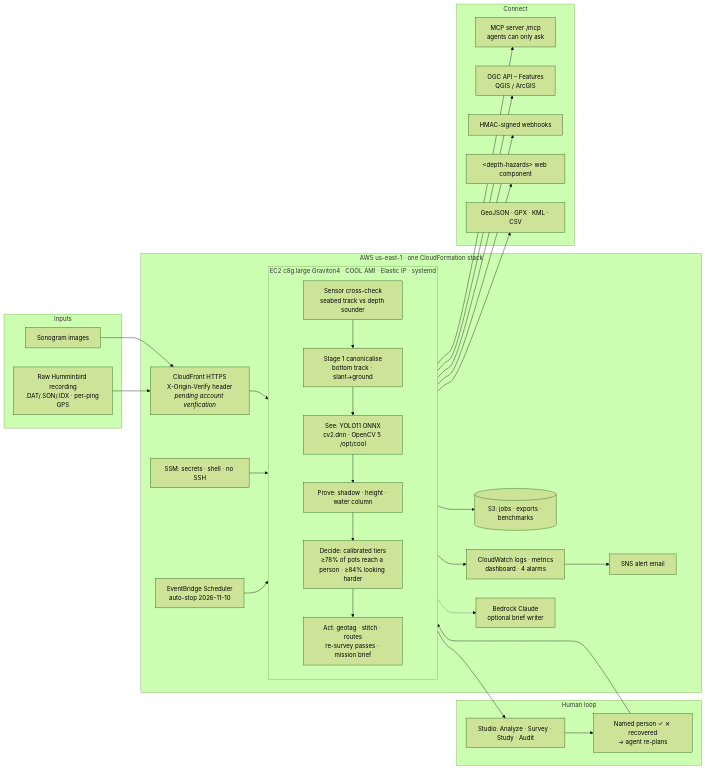
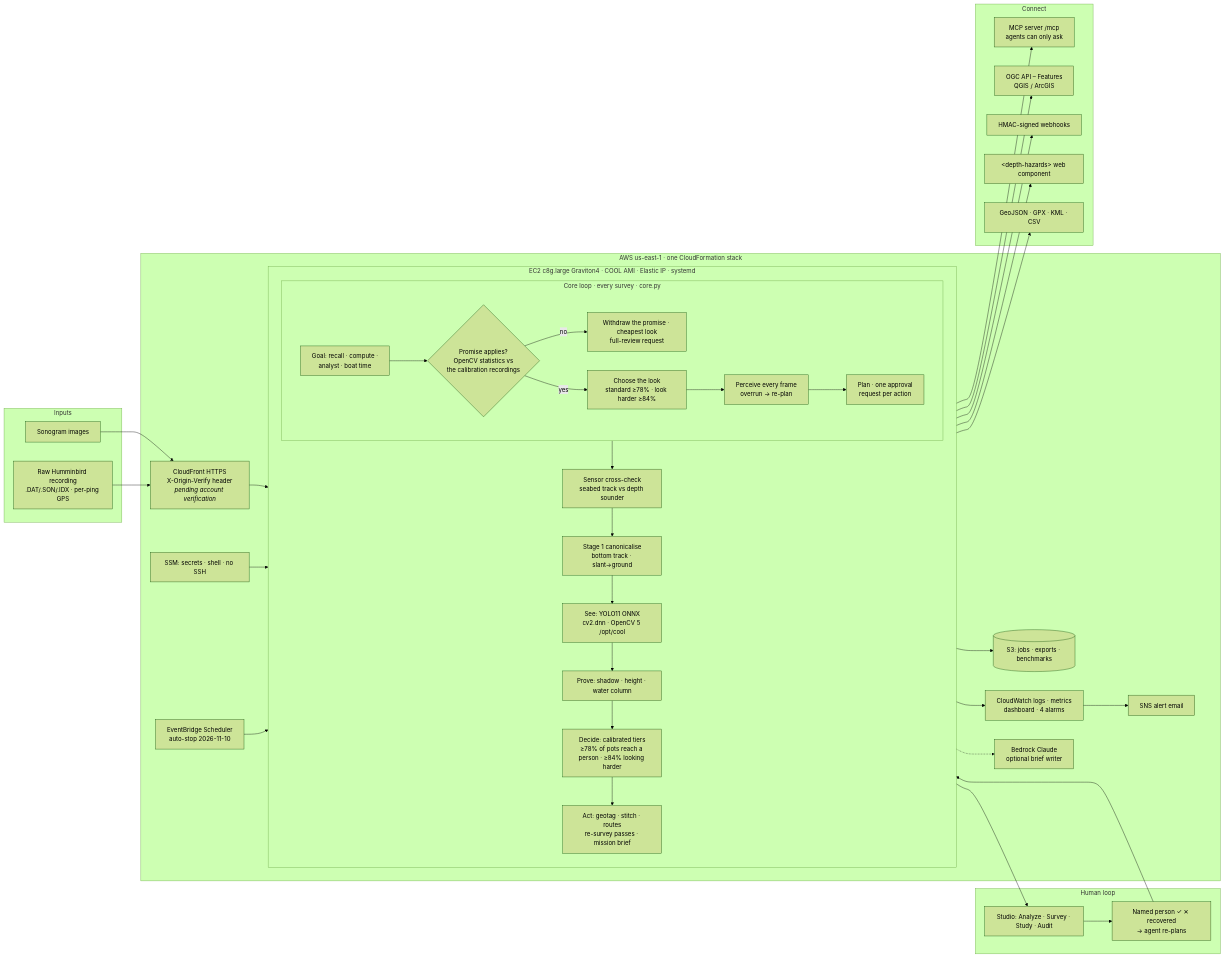
The first of 2 diagrams in docs/lucidchart_diagram.md (madhesh60/depth), drawn with Mermaid (forest theme) before and after one commit. The commit also changed 3 other files, not shown here.

First line of the commit message:
docs: the architecture picture shows the system as built today

````diff
--- a/docs/lucidchart_diagram.md
+++ b/docs/lucidchart_diagram.md
@@ -11,51 +11,60 @@
 ```mermaid
 flowchart LR
   subgraph IN[Inputs]
     SON[Sonogram images]
     RAW[Raw Humminbird recording<br/>.DAT/.SON/.IDX · per-ping GPS]
   end
 
   subgraph AWS[AWS us-east-1 · one CloudFormation stack]
     CF[CloudFront HTTPS<br/>X-Origin-Verify header<br/><i>pending account verification</i>]
     subgraph EC2[EC2 c8g.large Graviton4 · COOL AMI · Elastic IP · systemd]
       direction TB
+      subgraph LOOP[Core loop · every survey · core.py]
+        direction LR
+        G[Goal: recall · compute ·<br/>analyst · boat time] --> CK{Promise applies?<br/>OpenCV statistics vs<br/>the calibration recordings}
+        CK -- no --> FR[Withdraw the promise · cheapest look<br/>full-review request]
+        CK -- yes --> MODE[Choose the look<br/>standard ≥78% · look harder ≥84%]
+        MODE --> PER[Perceive every frame<br/>overrun → re-plan]
+        PER --> ASK[Plan · one approval<br/>request per action]
+      end
       S0[Sensor cross-check<br/>seabed track vs depth sounder]
       S1[Stage 1 canonicalise<br/>bottom track · slant→ground]
       S2[See: YOLO11 ONNX<br/>cv2.dnn · OpenCV 5 /opt/cool]
       S3[Prove: shadow · height · water column]
       S4[Decide: calibrated tiers<br/>≥78% of pots reach a person · ≥84% looking harder]
       S5[Act: geotag · stitch · routes<br/>re-survey passes · mission brief]
       S0 --> S1 --> S2 --> S3 --> S4 --> S5
     end
     S3B[(S3: jobs · exports · benchmarks)]
     CW[CloudWatch logs · metrics<br/>dashboard · 4 alarms]
     SNS[SNS alert email]
     SSM[SSM: secrets · shell · no SSH]
     SCH[EventBridge Scheduler<br/>auto-stop 2026-11-10]
     BED[Bedrock Claude<br/>optional brief writer]
   end
 
   subgraph HUM[Human loop]
     STU[Studio: Analyze · Survey · Study · Audit]
-    PER[Named person ✓ ✕ recovered<br/>→ agent re-plans]
+    PPL[Named person ✓ ✕ recovered<br/>→ agent re-plans]
   end
 
   subgraph OUT[Connect]
     MCP[MCP server /mcp<br/>agents can only ask]
     OGC[OGC API – Features<br/>QGIS / ArcGIS]
     WH[HMAC-signed webhooks]
     EMB[&lt;depth-hazards&gt; web component]
     EXP[GeoJSON · GPX · KML · CSV]
   end
 
   SON --> CF
   RAW --> CF
   CF --> EC2
   EC2 --> S3B
   EC2 --> CW --> SNS
   SSM --> EC2
   SCH --> EC2
   S5 -.-> BED
-  S5 --> STU --> PER --> S5
+  PER --> S0
+  ASK --> STU --> PPL --> S5
   S5 --> MCP & OGC & WH & EMB & EXP
 ```
````
